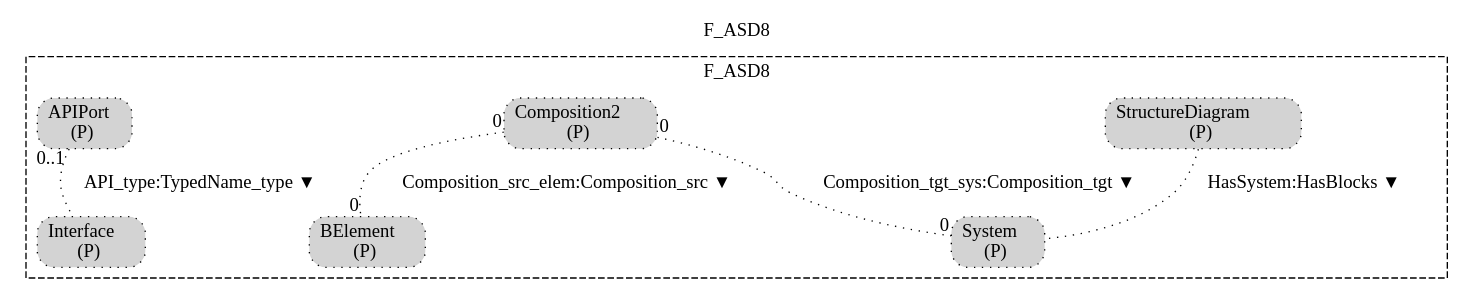
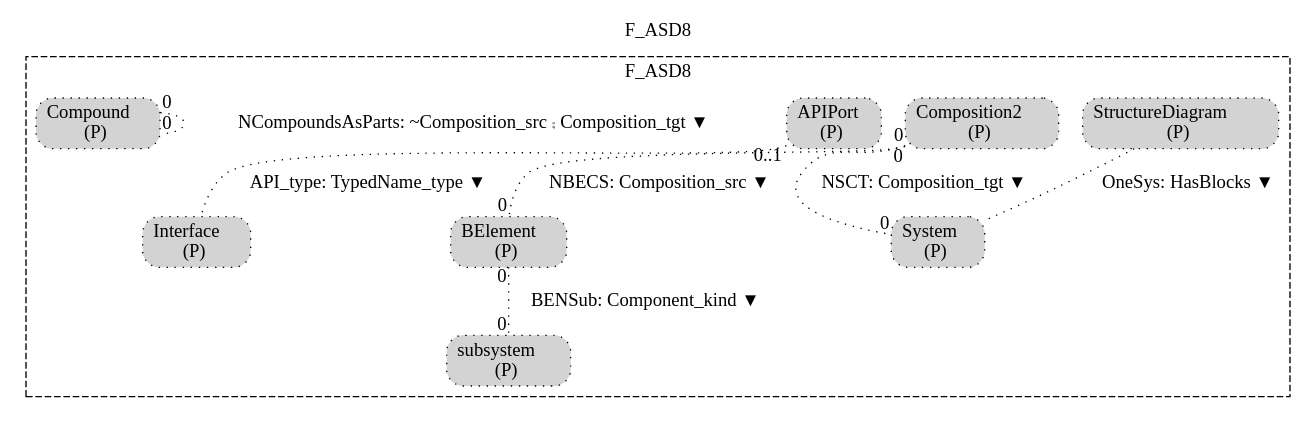
One commit to namalio/Fragmenta changed the diagram in Haskell/IntoSysML/MM/img/F_ASD8.gv. Above: the diagram before and after it, drawn with Graphviz. The commit also changed 109 other files, not shown here.

```diff
--- a/Haskell/IntoSysML/MM/img/F_ASD8.gv
+++ b/Haskell/IntoSysML/MM/img/F_ASD8.gv
@@ -1,22 +1,28 @@
 digraph {graph[label=F_ASD8,labelloc=tl,labelfontsize=12];
 subgraph cluster_F_ASD8{style=dashed;label=F_ASD8;
 "PStructureDiagram"[shape=box,fillcolor=lightgray,style ="rounded,filled,dotted",label=<StructureDiagram<br/>(P)>];
+"PComposition2"[shape=box,fillcolor=lightgray,style ="rounded,filled,dotted",label=<Composition2<br/>(P)>];
 "PSystem"[shape=box,fillcolor=lightgray,style ="rounded,filled,dotted",label=<System<br/>(P)>];
-"PComposition2"[shape=box,fillcolor=lightgray,style ="rounded,filled,dotted",label=<Composition2<br/>(P)>];
 "PBElement"[shape=box,fillcolor=lightgray,style ="rounded,filled,dotted",label=<BElement<br/>(P)>];
 "PAPIPort"[shape=box,fillcolor=lightgray,style ="rounded,filled,dotted",label=<APIPort<br/>(P)>];
 "PInterface"[shape=box,fillcolor=lightgray,style ="rounded,filled,dotted",label=<Interface<br/>(P)>];
+"Psubsystem"[shape=box,fillcolor=lightgray,style ="rounded,filled,dotted",label=<subsystem<br/>(P)>];
+"PCompound"[shape=box,fillcolor=lightgray,style ="rounded,filled,dotted",label=<Compound<br/>(P)>];
 
-"PStructureDiagram"->"PSystem"[label="HasSystem:HasBlocks ▼",dir=none,taillabel="",headlabel="",style=dotted];
-"PComposition2"->"PSystem"[label="Composition_tgt_sys:Composition_tgt ▼",dir=none,taillabel="0",headlabel="0",style=dotted];
-"PComposition2"->"PBElement"[label="Composition_src_elem:Composition_src ▼",dir=none,taillabel="0",headlabel="0",style=dotted];
-"PAPIPort"->"PInterface"[label="API_type:TypedName_type ▼",dir=none,taillabel="0..1",headlabel="",style=dotted];
+"PStructureDiagram"->"PSystem"[label="OneSys: HasBlocks ▼",dir=none,taillabel="",headlabel="",style=dotted];
+"PComposition2"->"PSystem"[label="NSCT: Composition_tgt ▼",dir=none,taillabel="0",headlabel="0",style=dotted];
+"PComposition2"->"PBElement"[label="NBECS: Composition_src ▼",dir=none,taillabel="0",headlabel="0",style=dotted];
+"PBElement"->"Psubsystem"[label="BENSub: Component_kind ▼",dir=none,taillabel="0",headlabel="0",style=dotted];
+"PAPIPort"->"PInterface"[label="API_type: TypedName_type ▼",dir=none,taillabel="0..1",headlabel="",style=dotted];
+"PCompound"->"PCompound"[label="NCompoundsAsParts: ~Composition_src ⨾ Composition_tgt ▼",dir=none,taillabel="0",headlabel="0",style=dotted];
 
 }
 
 
 
 
 
 
+
+
 }
```
